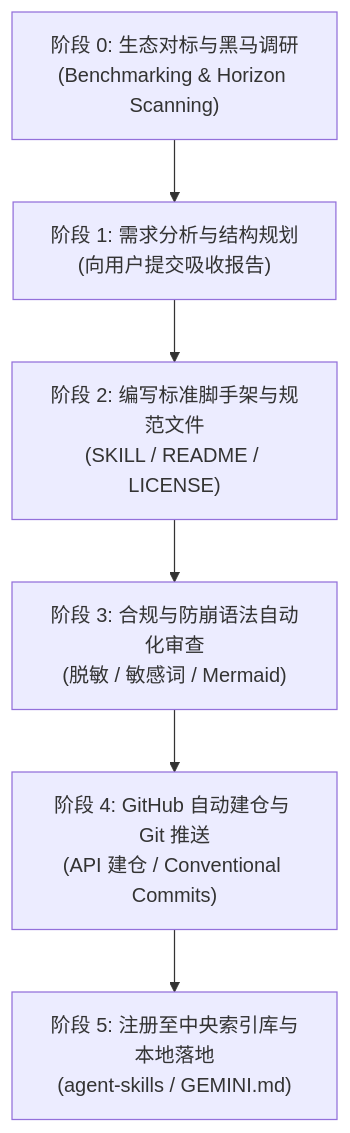
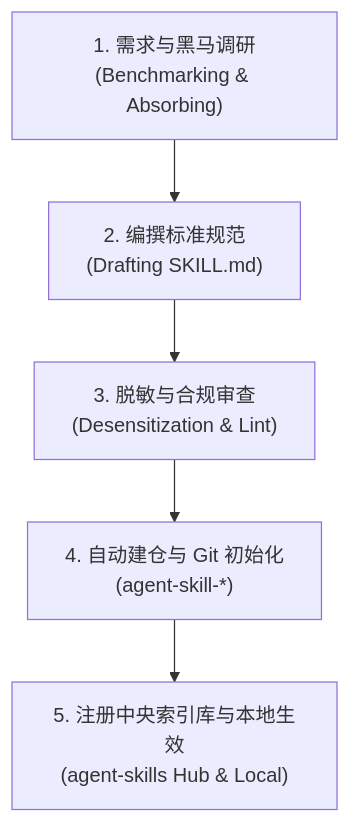
The diagram in skills/skill-manager/SKILL.md (Garfield247/agent-skill-manager), drawn with Mermaid before and after one commit. The commit also changed other lines of this file and 1 other file, not shown here.

````diff
--- a/skills/skill-manager/SKILL.md
+++ b/skills/skill-manager/SKILL.md
@@ -69,8 +67,7 @@
 ```mermaid
 flowchart TD
-    A["阶段 0: 生态对标与黑马调研<br/>(Benchmarking & Horizon Scanning)"] --> B["阶段 1: 需求分析与结构规划<br/>(向用户提交吸收报告)"]
-    B --> C["阶段 2: 编写标准脚手架与规范文件<br/>(SKILL / README / LICENSE)"]
-    C --> D["阶段 3: 合规与防崩语法自动化审查<br/>(脱敏 / 敏感词 / Mermaid)"]
-    D --> E["阶段 4: GitHub 自动建仓与 Git 推送<br/>(API 建仓 / Conventional Commits)"]
-    E --> F["阶段 5: 注册至中央索引库与本地落地<br/>(agent-skills / GEMINI.md)"]
+    A["1. 需求与黑马调研<br/>(Benchmarking & Absorbing)"] --> B["2. 编撰标准规范<br/>(Drafting SKILL.md)"]
+    B --> C["3. 脱敏与合规审查<br/>(Desensitization & Lint)"]
+    C --> D["4. 自动建仓与 Git 初始化<br/>(agent-skill-*)"]
+    D --> E["5. 注册中央索引库与本地生效<br/>(agent-skills Hub & Local)"]
 ```
````
